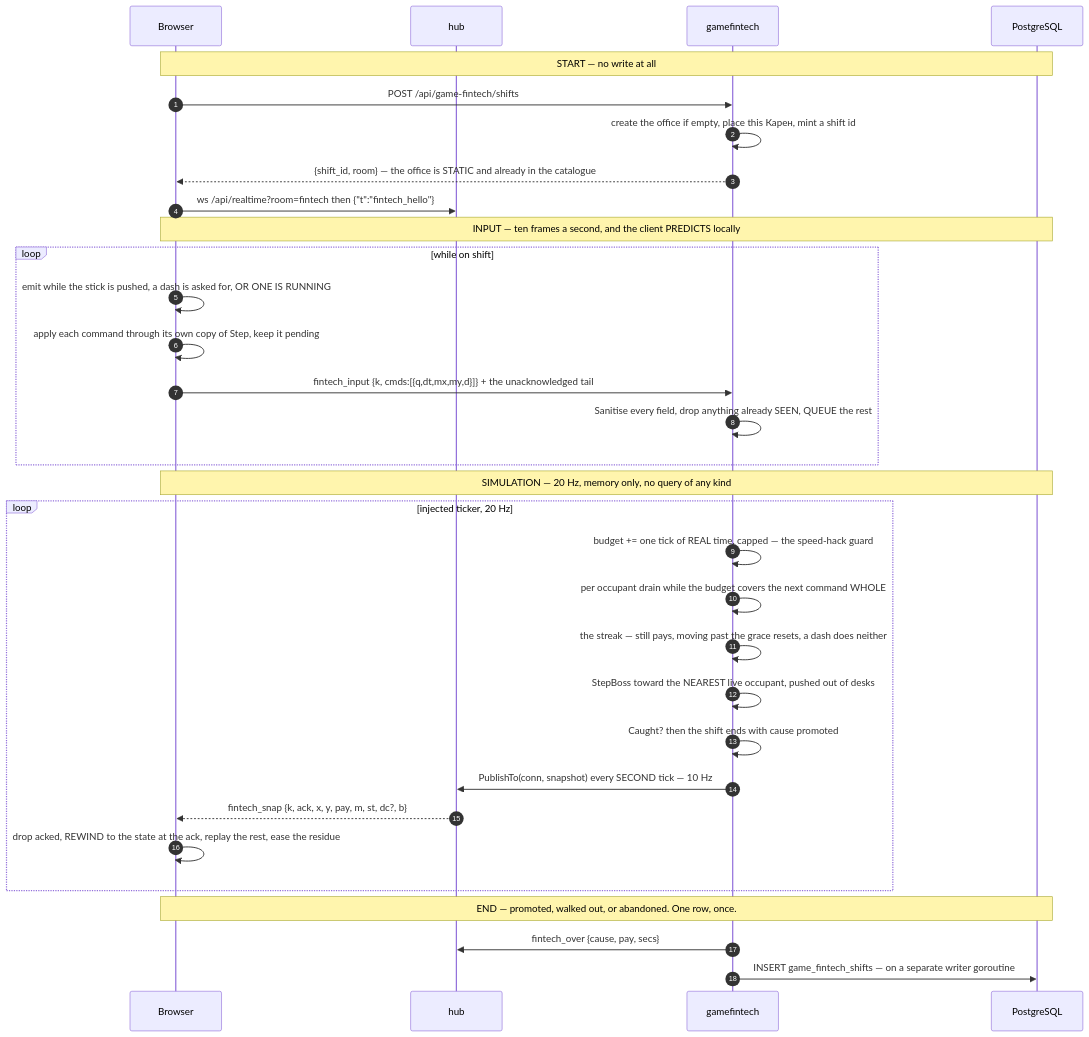
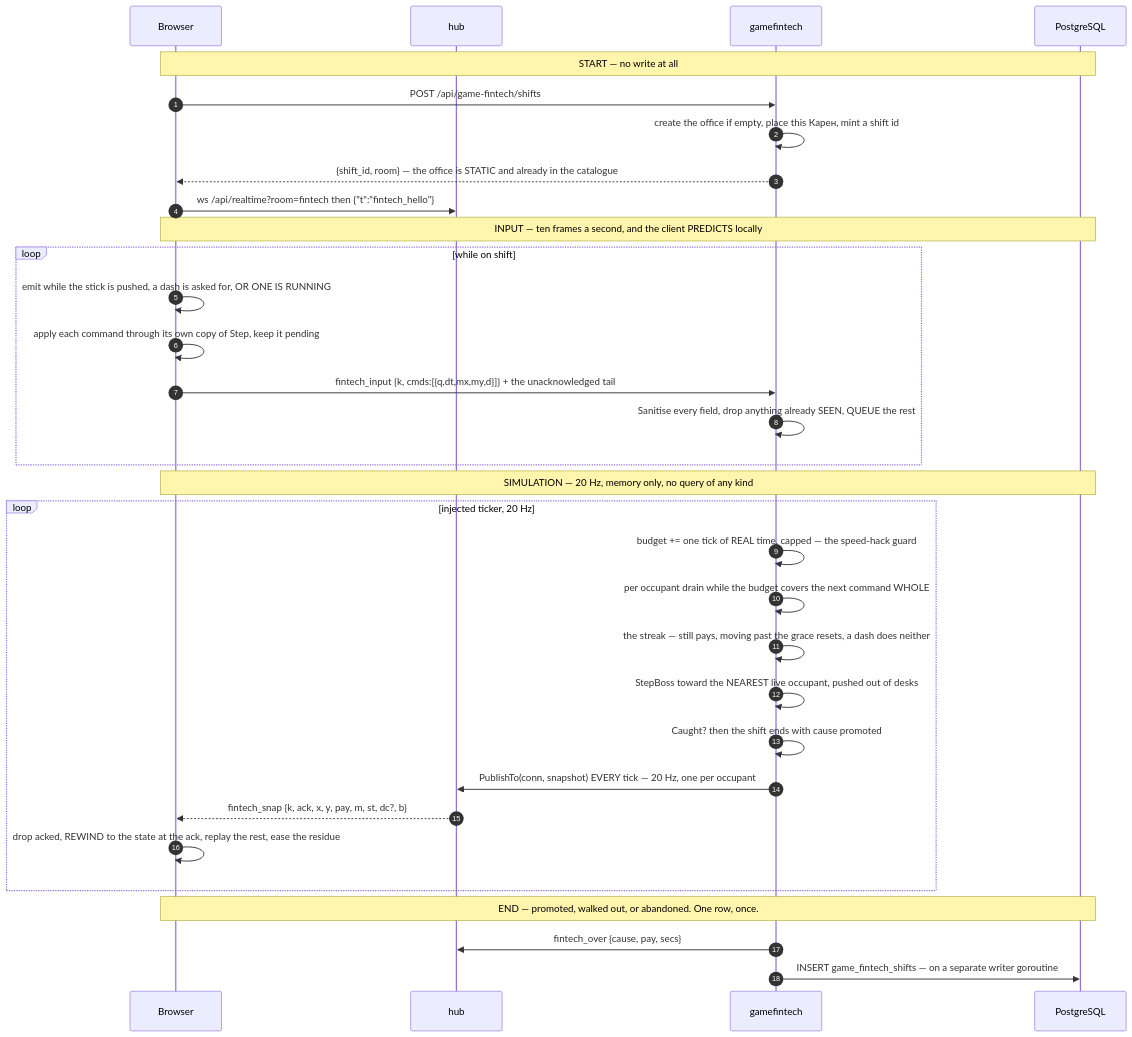
One commit to SergeyZSpb/psycho-space changed the ninth of 13 diagrams in docs/ARCHITECTURE.md. Above: the diagram before and after it, drawn with Mermaid. The commit also changed other lines of this file and 5 other files, not shown here.

````diff
--- a/docs/ARCHITECTURE.md
+++ b/docs/ARCHITECTURE.md
@@ -375,38 +375,38 @@
 ```mermaid
 sequenceDiagram
     autonumber
     participant B as Browser
     participant H as hub
     participant G as gamefintech
     participant P as PostgreSQL
 
     Note over B,P: START — no write at all
     B->>G: POST /api/game-fintech/shifts
     G->>G: create the office if empty, place this Карен, mint a shift id
     G-->>B: {shift_id, room} — the office is STATIC and already in the catalogue
     B->>H: ws /api/realtime?room=fintech then {"t":"fintech_hello"}
 
     Note over B,P: INPUT — ten frames a second, and the client PREDICTS locally
     loop while on shift
         B->>B: emit while the stick is pushed, a dash is asked for, OR ONE IS RUNNING
         B->>B: apply each command through its own copy of Step, keep it pending
         B->>G: fintech_input {k, cmds:[{q,dt,mx,my,d}]} + the unacknowledged tail
         G->>G: Sanitise every field, drop anything already SEEN, QUEUE the rest
     end
 
     Note over B,P: SIMULATION — 20 Hz, memory only, no query of any kind
     loop injected ticker, 20 Hz
         G->>G: budget += one tick of REAL time, capped — the speed-hack guard
         G->>G: per occupant drain while the budget covers the next command WHOLE
         G->>G: the streak — still pays, moving past the grace resets, a dash does neither
         G->>G: StepBoss toward the NEAREST live occupant, pushed out of desks
         G->>G: Caught? then the shift ends with cause promoted
-        G->>H: PublishTo(conn, snapshot) every SECOND tick — 10 Hz
+        G->>H: PublishTo(conn, snapshot) EVERY tick — 20 Hz, one per occupant
         H-->>B: fintech_snap {k, ack, x, y, pay, m, st, dc?, b}
         B->>B: drop acked, REWIND to the state at the ack, replay the rest, ease the residue
     end
 
     Note over B,P: END — promoted, walked out, or abandoned. One row, once.
     G->>H: fintech_over {cause, pay, secs}
     G->>P: INSERT game_fintech_shifts — on a separate writer goroutine
 ```
````
